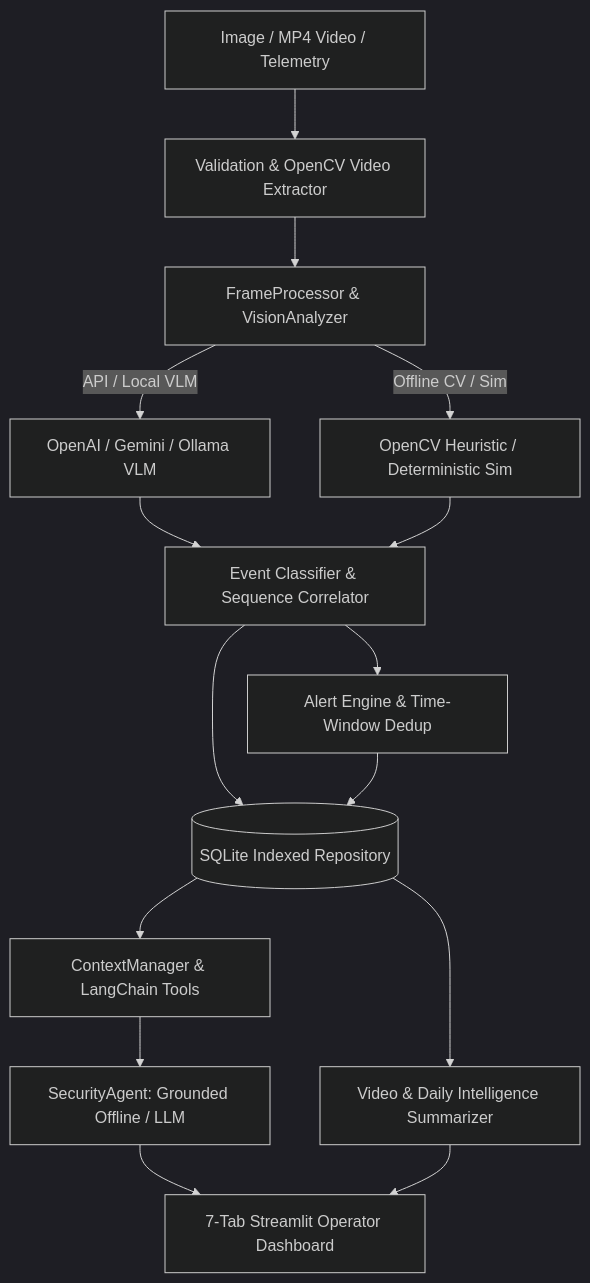
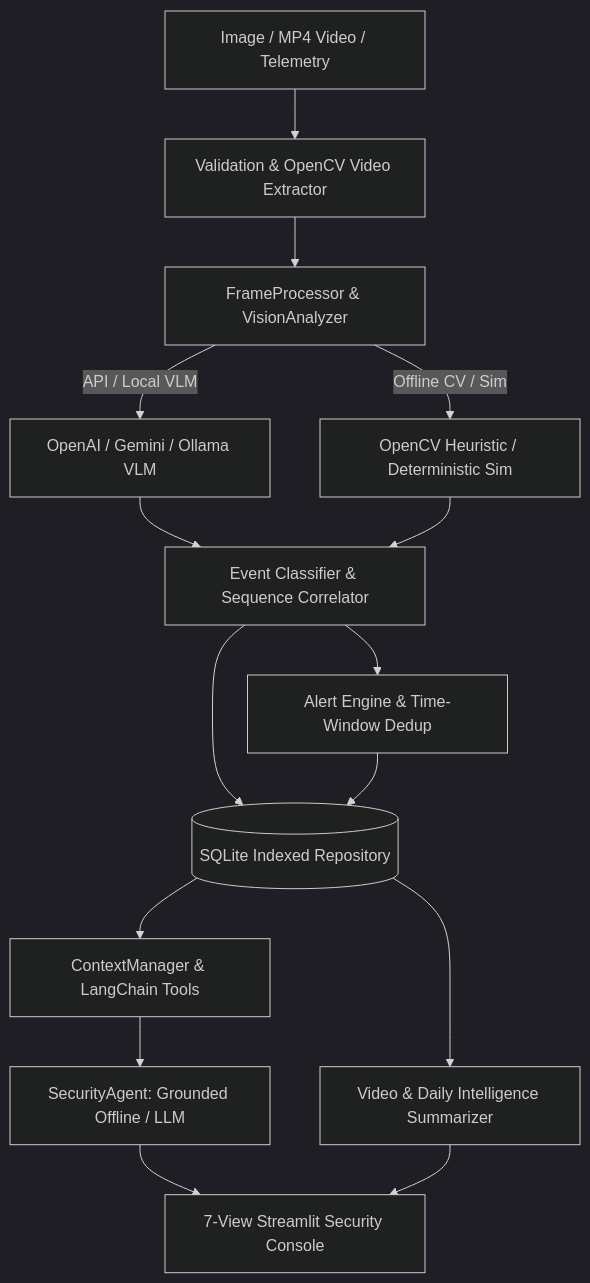
Before and after one commit to mv1223/DroneGuard-AI: the diagram in docs/architecture_diagram.mmd, drawn with Mermaid (dark theme). The commit also changed 8 other files, not shown here.

```diff
--- a/docs/architecture_diagram.mmd
+++ b/docs/architecture_diagram.mmd
@@ -1,15 +1,15 @@
 flowchart TD
     A[Image / MP4 Video / Telemetry] --> B[Validation & OpenCV Video Extractor]
     B --> C[FrameProcessor & VisionAnalyzer]
     C -->|API / Local VLM| D1[OpenAI / Gemini / Ollama VLM]
     C -->|Offline CV / Sim| D2[OpenCV Heuristic / Deterministic Sim]
     D1 --> E[Event Classifier & Sequence Correlator]
     D2 --> E
     E --> F[(SQLite Indexed Repository)]
     E --> G[Alert Engine & Time-Window Dedup]
     G --> F
     F --> H[ContextManager & LangChain Tools]
     H --> I[SecurityAgent: Grounded Offline / LLM]
     F --> J[Video & Daily Intelligence Summarizer]
-    I --> K[7-Tab Streamlit Operator Dashboard]
+    I --> K[7-View Streamlit Security Console]
     J --> K
```
